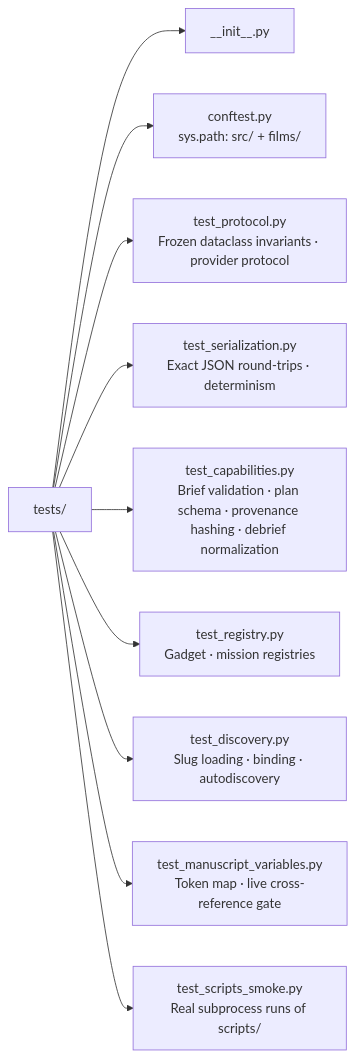
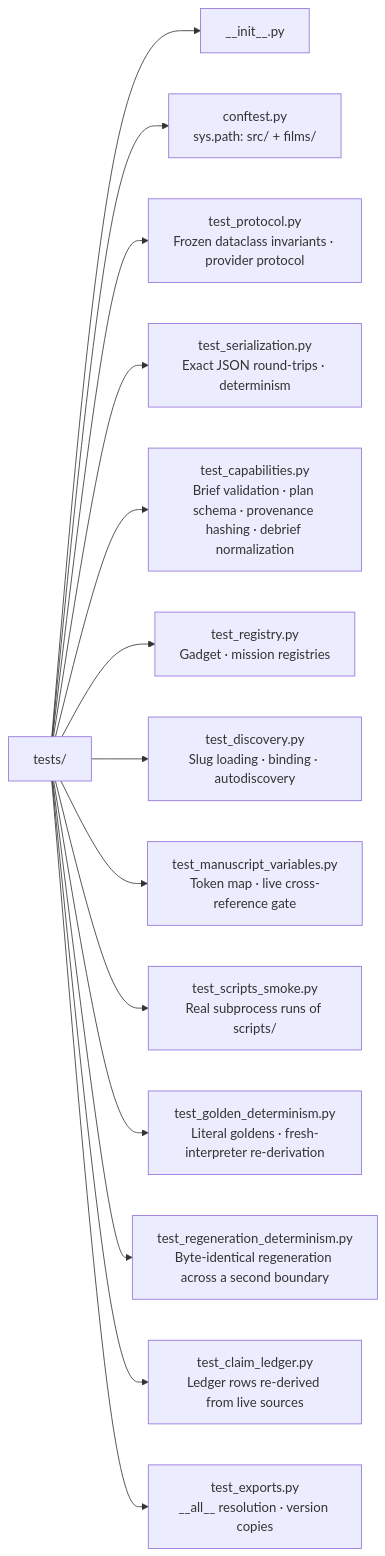
The diagram in tests/AGENTS.md (docxology/bond-api), drawn with Mermaid before and after one commit. The commit also changed 11 other files, not shown here.

````diff
--- a/tests/AGENTS.md
+++ b/tests/AGENTS.md
@@ -11,13 +11,17 @@
 ```mermaid
 flowchart LR
     T[tests/]
     T --> INIT[__init__.py]
     T --> CFG[conftest.py<br/>sys.path: src/ + films/]
     T --> TP[test_protocol.py<br/>Frozen dataclass invariants · provider protocol]
     T --> TS[test_serialization.py<br/>Exact JSON round-trips · determinism]
     T --> TC[test_capabilities.py<br/>Brief validation · plan schema · provenance hashing · debrief normalization]
     T --> TR[test_registry.py<br/>Gadget · mission registries]
     T --> TD[test_discovery.py<br/>Slug loading · binding · autodiscovery]
     T --> TMV[test_manuscript_variables.py<br/>Token map · live cross-reference gate]
     T --> TSS[test_scripts_smoke.py<br/>Real subprocess runs of scripts/]
+    T --> TGD[test_golden_determinism.py<br/>Literal goldens · fresh-interpreter re-derivation]
+    T --> TRD[test_regeneration_determinism.py<br/>Byte-identical regeneration across a second boundary]
+    T --> TCL[test_claim_ledger.py<br/>Ledger rows re-derived from live sources]
+    T --> TE[test_exports.py<br/>__all__ resolution · version copies]
 ```
````
